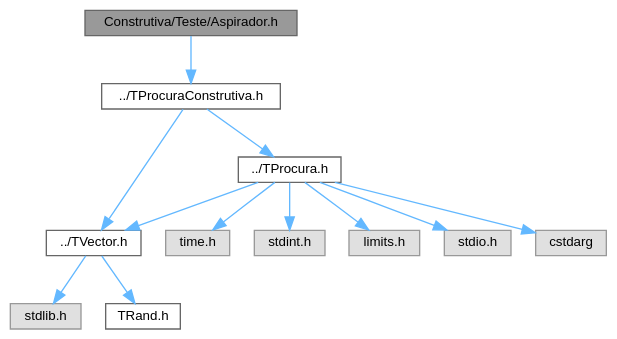
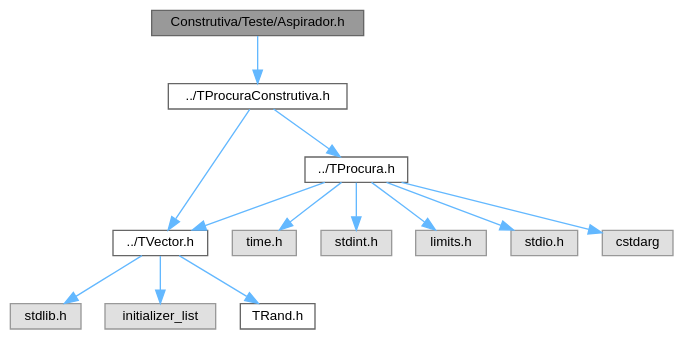
One commit to jcoelho72/TProcura changed the diagram in Aspirador_8h__incl.dot. Above: the diagram before and after it, drawn with Graphviz. The commit also changed 220 other files, not shown here.

```diff
--- a/Aspirador_8h__incl.dot
+++ b/Aspirador_8h__incl.dot
@@ -1,29 +1,31 @@
 digraph "Construtiva/Teste/Aspirador.h"
 {
  // LATEX_PDF_SIZE
   bgcolor="transparent";
   edge [fontname=Helvetica,fontsize=10,labelfontname=Helvetica,labelfontsize=10];
   node [fontname=Helvetica,fontsize=10,shape=box,height=0.2,width=0.4];
   Node1 [id="Node000001",label="Construtiva/Teste/Aspirador.h",height=0.2,width=0.4,color="gray40", fillcolor="grey60", style="filled", fontcolor="black",tooltip=" "];
-  Node1 -> Node2 [id="edge12_Node000001_Node000002",color="steelblue1",style="solid",tooltip=" "];
+  Node1 -> Node2 [id="edge13_Node000001_Node000002",color="steelblue1",style="solid",tooltip=" "];
   Node2 [id="Node000002",label="../TProcuraConstrutiva.h",height=0.2,width=0.4,color="grey40", fillcolor="white", style="filled",URL="$TProcuraConstrutiva_8h.html",tooltip=" "];
-  Node2 -> Node3 [id="edge13_Node000002_Node000003",color="steelblue1",style="solid",tooltip=" "];
+  Node2 -> Node3 [id="edge14_Node000002_Node000003",color="steelblue1",style="solid",tooltip=" "];
   Node3 [id="Node000003",label="../TVector.h",height=0.2,width=0.4,color="grey40", fillcolor="white", style="filled",URL="$TVector_8h.html",tooltip="Vetor dinâmico genérico com operações de pilha, conjuntos e algoritmos úteis."];
-  Node3 -> Node4 [id="edge14_Node000003_Node000004",color="steelblue1",style="solid",tooltip=" "];
+  Node3 -> Node4 [id="edge15_Node000003_Node000004",color="steelblue1",style="solid",tooltip=" "];
   Node4 [id="Node000004",label="stdlib.h",height=0.2,width=0.4,color="grey60", fillcolor="#E0E0E0", style="filled",tooltip=" "];
-  Node3 -> Node5 [id="edge15_Node000003_Node000005",color="steelblue1",style="solid",tooltip=" "];
-  Node5 [id="Node000005",label="TRand.h",height=0.2,width=0.4,color="grey40", fillcolor="white", style="filled",URL="$TRand_8h.html",tooltip="Interface para geração de números aleatórios independentes do sistema operativo."];
-  Node2 -> Node6 [id="edge16_Node000002_Node000006",color="steelblue1",style="solid",tooltip=" "];
-  Node6 [id="Node000006",label="../TProcura.h",height=0.2,width=0.4,color="grey40", fillcolor="white", style="filled",URL="$TProcura_8h.html",tooltip=" "];
-  Node6 -> Node3 [id="edge17_Node000006_Node000003",color="steelblue1",style="solid",tooltip=" "];
-  Node6 -> Node7 [id="edge18_Node000006_Node000007",color="steelblue1",style="solid",tooltip=" "];
-  Node7 [id="Node000007",label="time.h",height=0.2,width=0.4,color="grey60", fillcolor="#E0E0E0", style="filled",tooltip=" "];
-  Node6 -> Node8 [id="edge19_Node000006_Node000008",color="steelblue1",style="solid",tooltip=" "];
-  Node8 [id="Node000008",label="stdint.h",height=0.2,width=0.4,color="grey60", fillcolor="#E0E0E0", style="filled",tooltip=" "];
-  Node6 -> Node9 [id="edge20_Node000006_Node000009",color="steelblue1",style="solid",tooltip=" "];
-  Node9 [id="Node000009",label="limits.h",height=0.2,width=0.4,color="grey60", fillcolor="#E0E0E0", style="filled",tooltip=" "];
-  Node6 -> Node10 [id="edge21_Node000006_Node000010",color="steelblue1",style="solid",tooltip=" "];
-  Node10 [id="Node000010",label="stdio.h",height=0.2,width=0.4,color="grey60", fillcolor="#E0E0E0", style="filled",tooltip=" "];
-  Node6 -> Node11 [id="edge22_Node000006_Node000011",color="steelblue1",style="solid",tooltip=" "];
-  Node11 [id="Node000011",label="cstdarg",height=0.2,width=0.4,color="grey60", fillcolor="#E0E0E0", style="filled",tooltip=" "];
+  Node3 -> Node5 [id="edge16_Node000003_Node000005",color="steelblue1",style="solid",tooltip=" "];
+  Node5 [id="Node000005",label="initializer_list",height=0.2,width=0.4,color="grey60", fillcolor="#E0E0E0", style="filled",tooltip=" "];
+  Node3 -> Node6 [id="edge17_Node000003_Node000006",color="steelblue1",style="solid",tooltip=" "];
+  Node6 [id="Node000006",label="TRand.h",height=0.2,width=0.4,color="grey40", fillcolor="white", style="filled",URL="$TRand_8h.html",tooltip="Interface para geração de números aleatórios independentes do sistema operativo."];
+  Node2 -> Node7 [id="edge18_Node000002_Node000007",color="steelblue1",style="solid",tooltip=" "];
+  Node7 [id="Node000007",label="../TProcura.h",height=0.2,width=0.4,color="grey40", fillcolor="white", style="filled",URL="$TProcura_8h.html",tooltip=" "];
+  Node7 -> Node3 [id="edge19_Node000007_Node000003",color="steelblue1",style="solid",tooltip=" "];
+  Node7 -> Node8 [id="edge20_Node000007_Node000008",color="steelblue1",style="solid",tooltip=" "];
+  Node8 [id="Node000008",label="time.h",height=0.2,width=0.4,color="grey60", fillcolor="#E0E0E0", style="filled",tooltip=" "];
+  Node7 -> Node9 [id="edge21_Node000007_Node000009",color="steelblue1",style="solid",tooltip=" "];
+  Node9 [id="Node000009",label="stdint.h",height=0.2,width=0.4,color="grey60", fillcolor="#E0E0E0", style="filled",tooltip=" "];
+  Node7 -> Node10 [id="edge22_Node000007_Node000010",color="steelblue1",style="solid",tooltip=" "];
+  Node10 [id="Node000010",label="limits.h",height=0.2,width=0.4,color="grey60", fillcolor="#E0E0E0", style="filled",tooltip=" "];
+  Node7 -> Node11 [id="edge23_Node000007_Node000011",color="steelblue1",style="solid",tooltip=" "];
+  Node11 [id="Node000011",label="stdio.h",height=0.2,width=0.4,color="grey60", fillcolor="#E0E0E0", style="filled",tooltip=" "];
+  Node7 -> Node12 [id="edge24_Node000007_Node000012",color="steelblue1",style="solid",tooltip=" "];
+  Node12 [id="Node000012",label="cstdarg",height=0.2,width=0.4,color="grey60", fillcolor="#E0E0E0", style="filled",tooltip=" "];
 }
```
